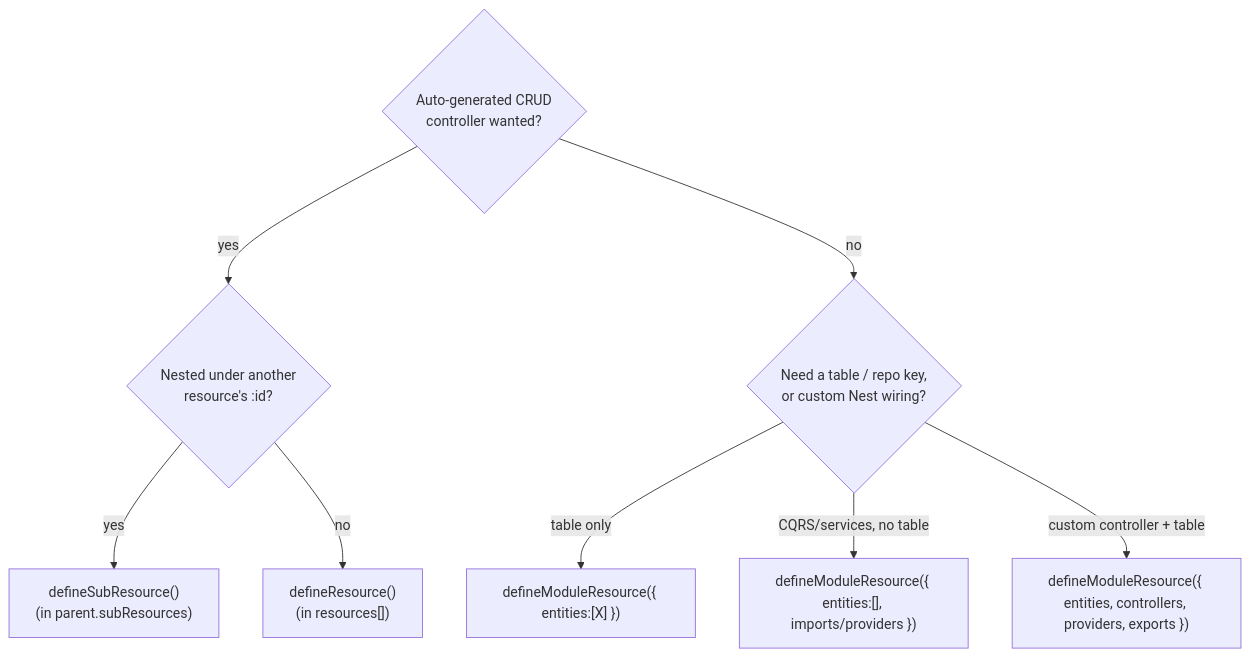
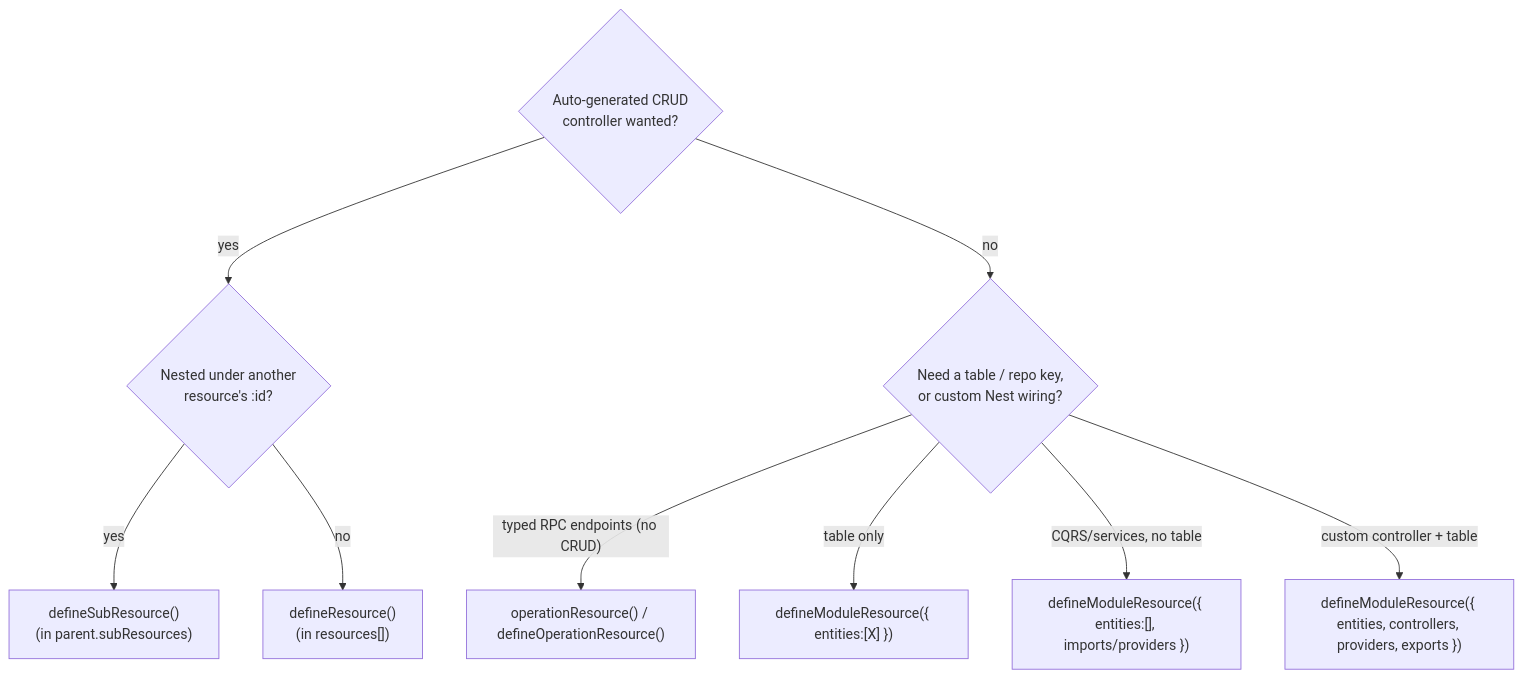
Before and after one commit to conceptadev/rockets: the sixth of 6 diagrams in CONFIGURATION.md, drawn with Mermaid. The commit also changed other lines of this file and 25 other files, not shown here.

First line of the commit message:
feat(core): add operationResource for typed non-CRUD endpoints (#43)

````diff
--- a/CONFIGURATION.md
+++ b/CONFIGURATION.md
@@ -671,11 +737,12 @@
 ```mermaid
 flowchart TD
   Q1{"Auto-generated CRUD\ncontroller wanted?"}
   Q1 -- yes --> Q2{"Nested under another\nresource's :id?"}
   Q2 -- yes --> SUB["defineSubResource()\n(in parent.subResources)"]
   Q2 -- no  --> RES["defineResource()\n(in resources[])"]
   Q1 -- no --> Q3{"Need a table / repo key,\nor custom Nest wiring?"}
+  Q3 -- "typed RPC endpoints (no CRUD)" --> OPS["operationResource() / defineOperationResource()"]
   Q3 -- "table only" --> MOD1["defineModuleResource({ entities:[X] })"]
   Q3 -- "CQRS/services, no table" --> MOD2["defineModuleResource({ entities:[], imports/providers })"]
   Q3 -- "custom controller + table" --> MOD3["defineModuleResource({ entities, controllers, providers, exports })"]
 ```
````
